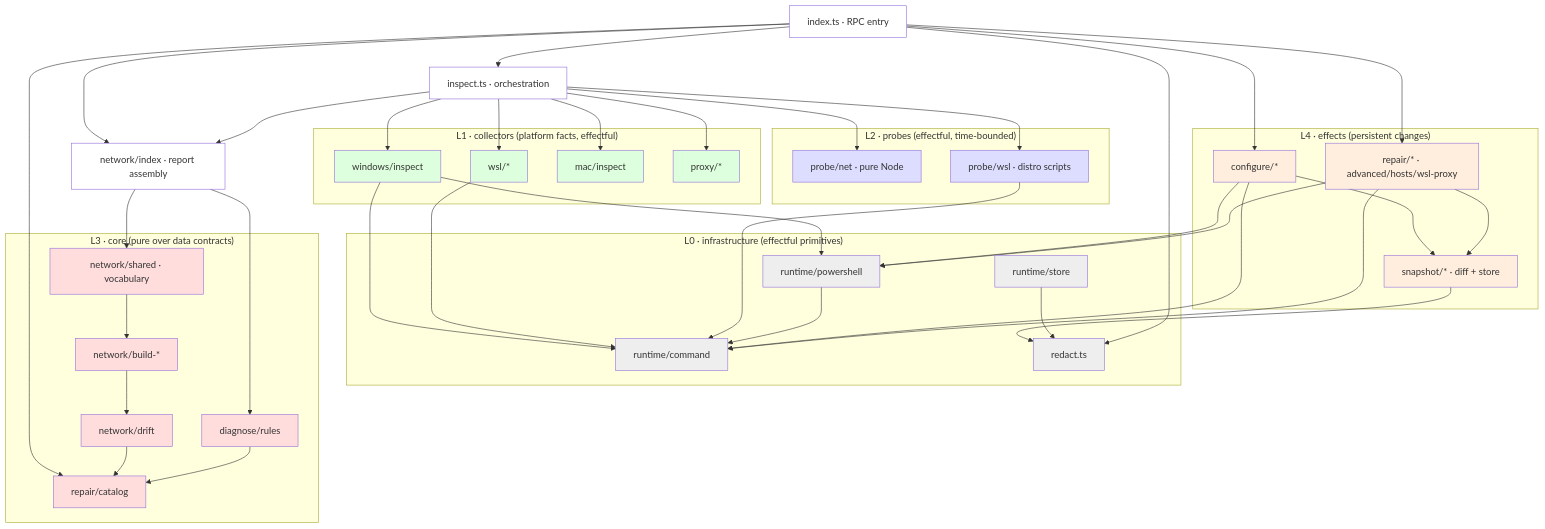
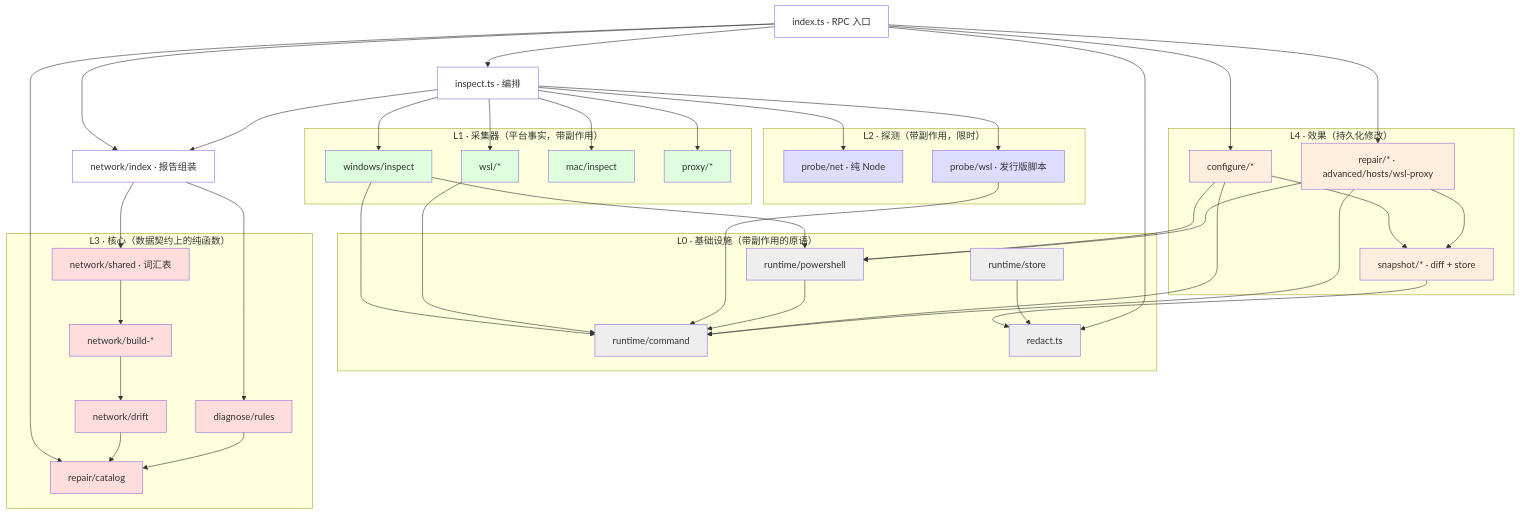
One commit to kanneiren/dsh-network-settings changed the fourth of 7 diagrams in docs/architecture.md. Above: the diagram before and after it, drawn with Mermaid. The commit also changed other lines of this file and 3 other files, not shown here.

First line of the commit message:
docs: Chinese architecture doc as default, English moved to architecture.en.md

````diff
--- a/docs/architecture.md
+++ b/docs/architecture.md
@@ -89,50 +92,50 @@
 ```mermaid
 flowchart TD
-  subgraph L0["L0 · infrastructure (effectful primitives)"]
+  subgraph L0["L0 · 基础设施（带副作用的原语）"]
     CMD["runtime/command"]:::inf
     PS["runtime/powershell"]:::inf
     STORE["runtime/store"]:::inf
     REDACT["redact.ts"]:::inf
   end
-  subgraph L1["L1 · collectors (platform facts, effectful)"]
+  subgraph L1["L1 · 采集器（平台事实，带副作用）"]
     WINI["windows/inspect"]:::col
     WSLI["wsl/*"]:::col
     MACI["mac/inspect"]:::col
     PROXY["proxy/*"]:::col
   end
-  subgraph L2["L2 · probes (effectful, time-bounded)"]
-    PNET["probe/net · pure Node"]:::probe
-    PWSL["probe/wsl · distro scripts"]:::probe
+  subgraph L2["L2 · 探测（带副作用，限时）"]
+    PNET["probe/net · 纯 Node"]:::probe
+    PWSL["probe/wsl · 发行版脚本"]:::probe
   end
-  subgraph L3["L3 · core (pure over data contracts)"]
-    SHARED["network/shared · vocabulary"]:::core
+  subgraph L3["L3 · 核心（数据契约上的纯函数）"]
+    SHARED["network/shared · 词汇表"]:::core
     BUILD["network/build-*"]:::core
     DRIFTM["network/drift"]:::core
     RULESM["diagnose/rules"]:::core
     CATM["repair/catalog"]:::core
   end
-  subgraph L4["L4 · effects (persistent changes)"]
+  subgraph L4["L4 · 效果（持久化修改）"]
     CONF["configure/*"]:::eff
     REPM["repair/* · advanced/hosts/wsl-proxy"]:::eff
     SNAP["snapshot/* · diff + store"]:::eff
   end
-  ENTRY["index.ts · RPC entry"]:::entry
-  INSPECT["inspect.ts · orchestration"]:::entry
-  NETIDX["network/index · report assembly"]:::entry
+  ENTRY["index.ts · RPC 入口"]:::entry
+  INSPECT["inspect.ts · 编排"]:::entry
+  NETIDX["network/index · 报告组装"]:::entry
 
   ENTRY --> INSPECT & NETIDX & CONF & REPM & CATM
   INSPECT --> WINI & WSLI & MACI & PROXY & PNET & PWSL & NETIDX
   NETIDX --> SHARED --> BUILD --> DRIFTM
   NETIDX --> RULESM
   DRIFTM & RULESM --> CATM
   CONF & REPM --> SNAP
   WINI & WSLI & PWSL & PS & CONF & REPM --> CMD
   WINI & CONF & REPM --> PS
   SNAP & STORE & ENTRY --> REDACT
   classDef inf fill:#eee
   classDef col fill:#dfd
   classDef probe fill:#ddf
   classDef core fill:#fdd
   classDef eff fill:#fed
   classDef entry fill:#fff
 ```
````
